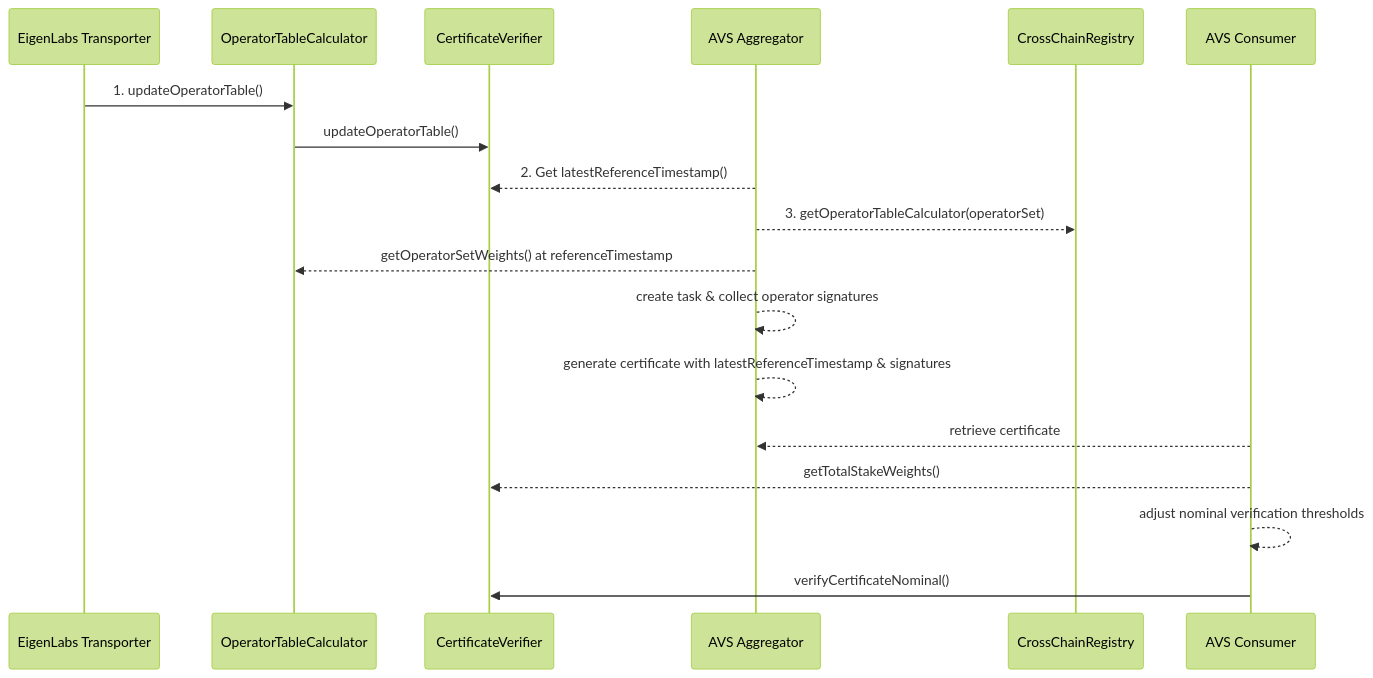
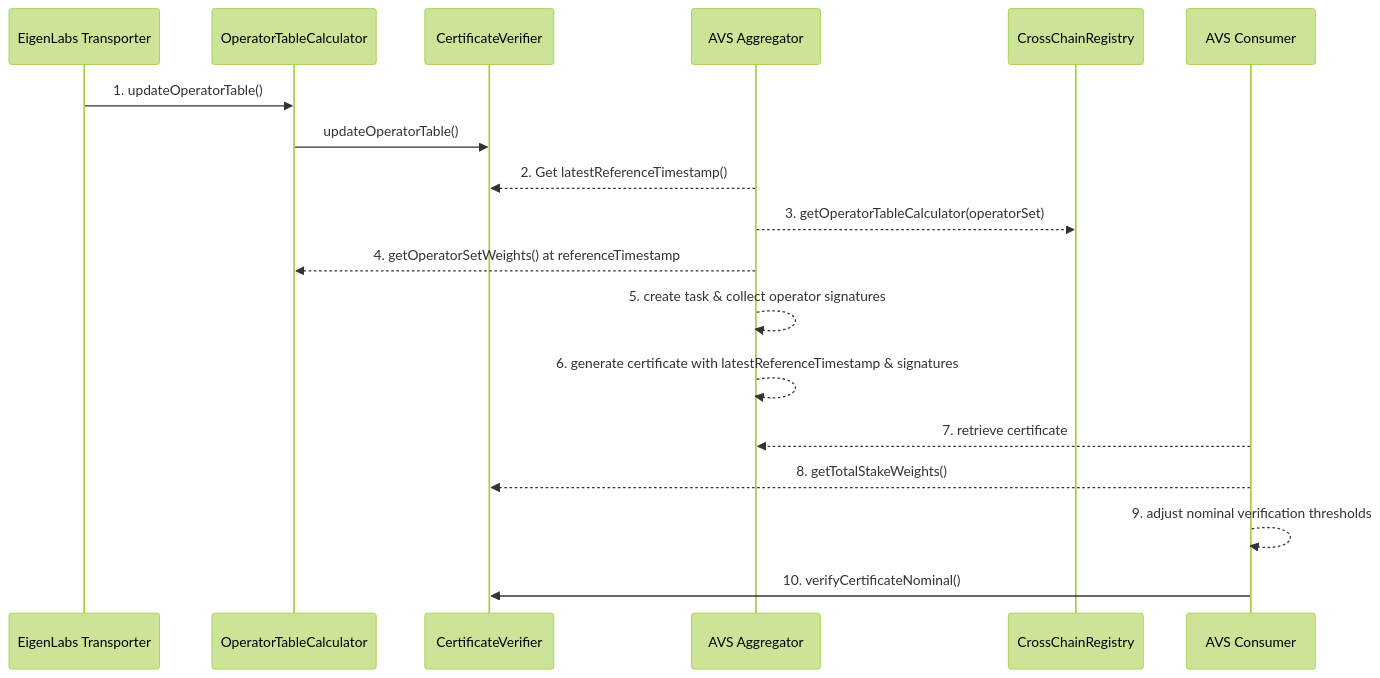
The second of 2 diagrams in docs/multichain/destination/CertificateVerifier.md (Layr-Labs/eigenlayer-contracts), drawn with Mermaid (forest theme) before and after one commit. The commit also changed other lines of this file, not shown here.

Commit message:
chore: add clarification

````diff
--- a/docs/multichain/destination/CertificateVerifier.md
+++ b/docs/multichain/destination/CertificateVerifier.md
@@ -616,24 +616,24 @@
 ```mermaid
 sequenceDiagram
     participant Transporter as EigenLabs Transporter
     participant OTC as OperatorTableCalculator
     participant CV as CertificateVerifier
     participant Aggregator as AVS Aggregator
     participant Registry as CrossChainRegistry
     participant Consumer as AVS Consumer
 
     Transporter->>OTC: 1. updateOperatorTable()
     OTC->>CV: updateOperatorTable()
 
     Aggregator-->>CV: 2. Get latestReferenceTimestamp()
     Aggregator-->>Registry: 3. getOperatorTableCalculator(operatorSet)
-    Aggregator-->>OTC: getOperatorSetWeights() at referenceTimestamp
+    Aggregator-->>OTC: 4. getOperatorSetWeights() at referenceTimestamp
 
-    Aggregator-->>Aggregator: create task & collect operator signatures
-    Aggregator-->>Aggregator: generate certificate with latestReferenceTimestamp & signatures
+    Aggregator-->>Aggregator: 5. create task & collect operator signatures
+    Aggregator-->>Aggregator: 6. generate certificate with latestReferenceTimestamp & signatures
 
-    Consumer-->>Aggregator: retrieve certificate
-    Consumer-->>CV: getTotalStakeWeights()
-    Consumer-->>Consumer: adjust nominal verification thresholds
-    Consumer->>CV: verifyCertificateNominal()
+    Consumer-->>Aggregator: 7. retrieve certificate
+    Consumer-->>CV: 8. getTotalStakeWeights()
+    Consumer-->>Consumer: 9. adjust nominal verification thresholds
+    Consumer->>CV: 10. verifyCertificateNominal()
 ```
````
